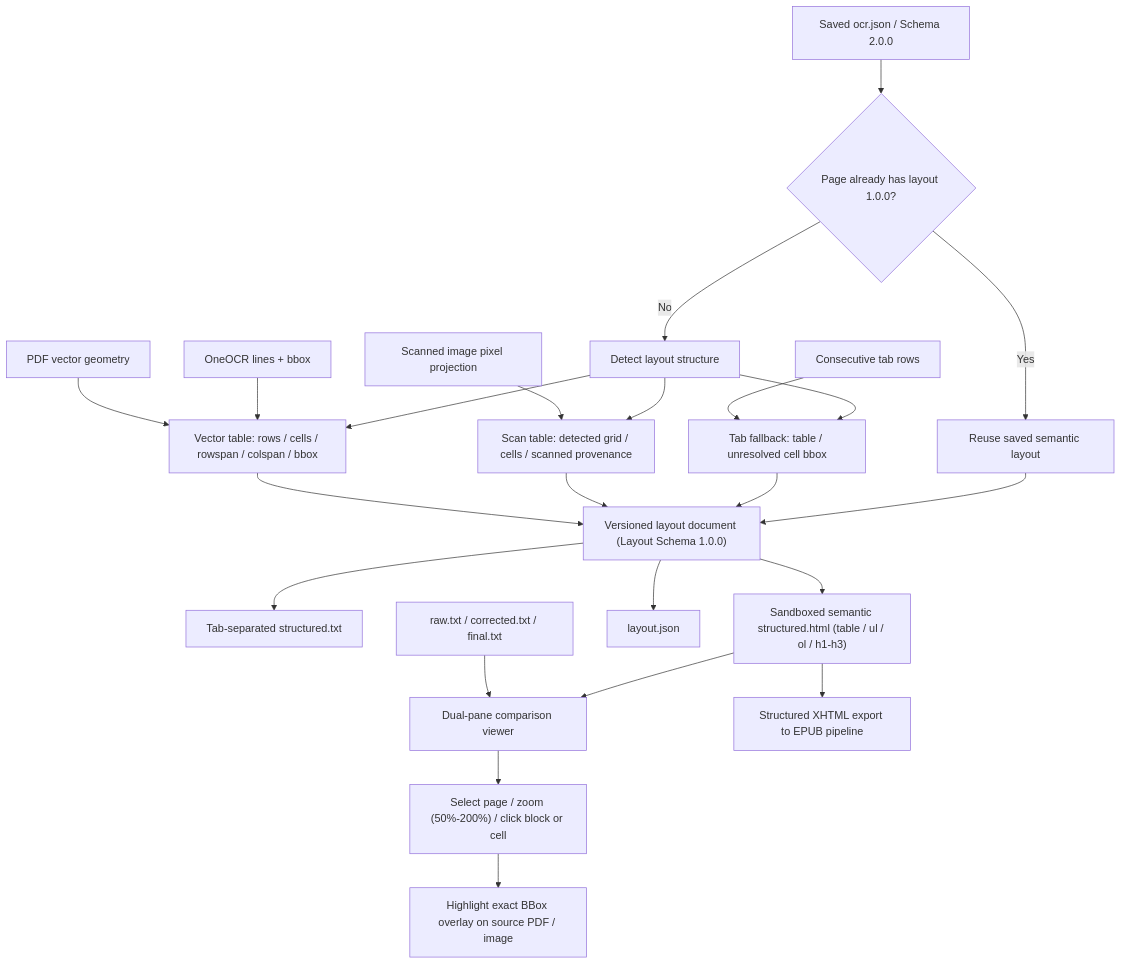
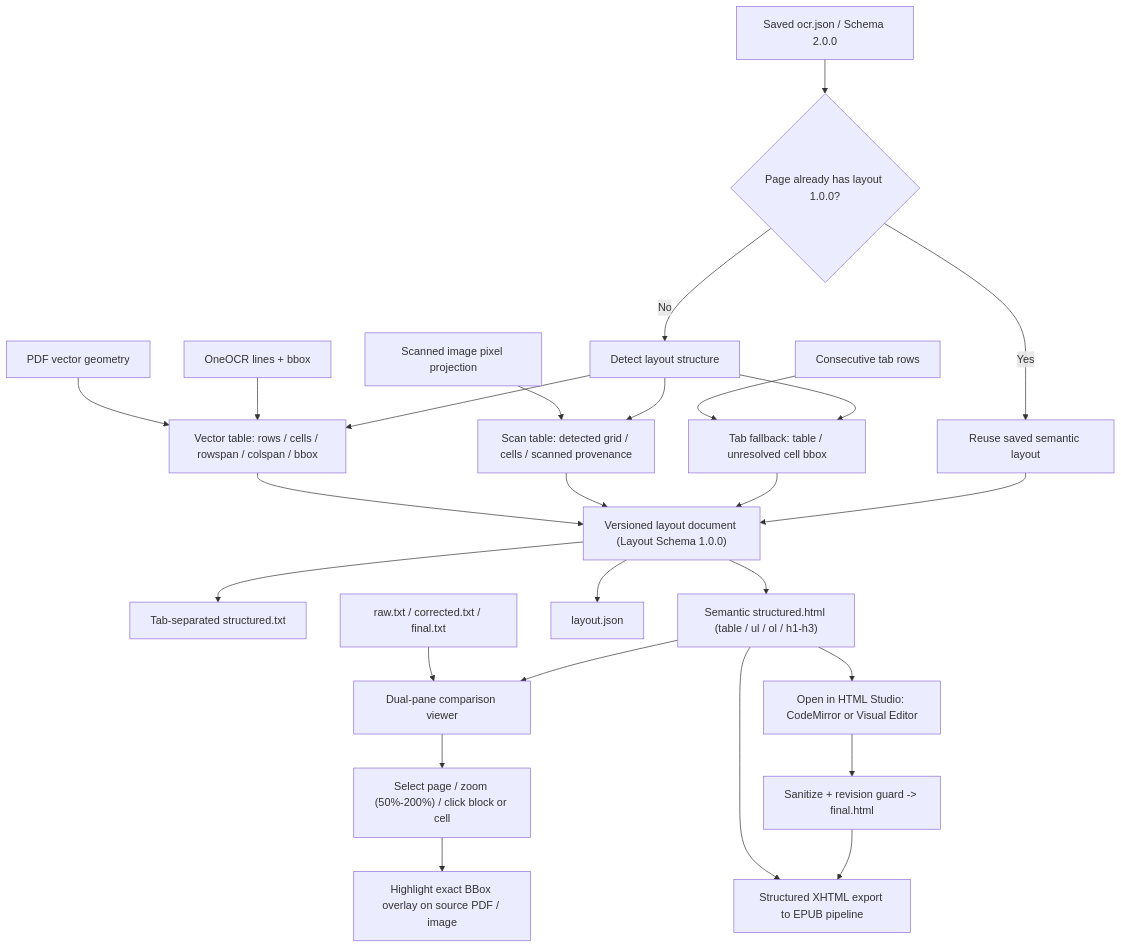
One commit to anuwatm/pdf-ocr-studio changed the eighth of 10 diagrams in readme.md. Above: the diagram before and after it, drawn with Mermaid. The commit also changed other lines of this file and 18 other files, not shown here.

````diff
--- a/readme.md
+++ b/readme.md
@@ -330,25 +360,28 @@
 ```mermaid
 flowchart TD
     Artifact["Saved ocr.json / Schema 2.0.0"] --> Layout{"Page already has layout 1.0.0?"}
     Layout -->|Yes| Reuse["Reuse saved semantic layout"]
     Layout -->|No| Detect["Detect layout structure"]
     Vector["PDF vector geometry"] --> Tables["Vector table: rows / cells / rowspan / colspan / bbox"]
     OCR["OneOCR lines + bbox"] --> Tables
     Raster["Scanned image pixel projection"] --> ScanTable["Scan table: detected grid / cells / scanned provenance"]
     Tabs["Consecutive tab rows"] --> TabFallback["Tab fallback: table / unresolved cell bbox"]
     Detect --> Tables
     Detect --> ScanTable
     Detect --> TabFallback
     Tables --> Model["Versioned layout document (Layout Schema 1.0.0)"]
     ScanTable --> Model
     TabFallback --> Model
     Reuse --> Model
     Model --> Text["Tab-separated structured.txt"]
-    Model --> HTML["Sandboxed semantic structured.html (table / ul / ol / h1-h3)"]
+    Model --> HTML["Semantic structured.html (table / ul / ol / h1-h3)"]
     Model --> JSON["layout.json"]
     Variants["raw.txt / corrected.txt / final.txt"] --> CompareUI["Dual-pane comparison viewer"]
     HTML --> CompareUI
     CompareUI --> Interactive["Select page / zoom (50%-200%) / click block or cell"]
     Interactive --> Highlight["Highlight exact BBox overlay on source PDF / image"]
+    HTML --> Studio["Open in HTML Studio: CodeMirror or Visual Editor"]
+    Studio --> FinalHTML["Sanitize + revision guard -> final.html"]
     HTML --> EPUBPipe["Structured XHTML export to EPUB pipeline"]
+    FinalHTML --> EPUBPipe
 ```
````
